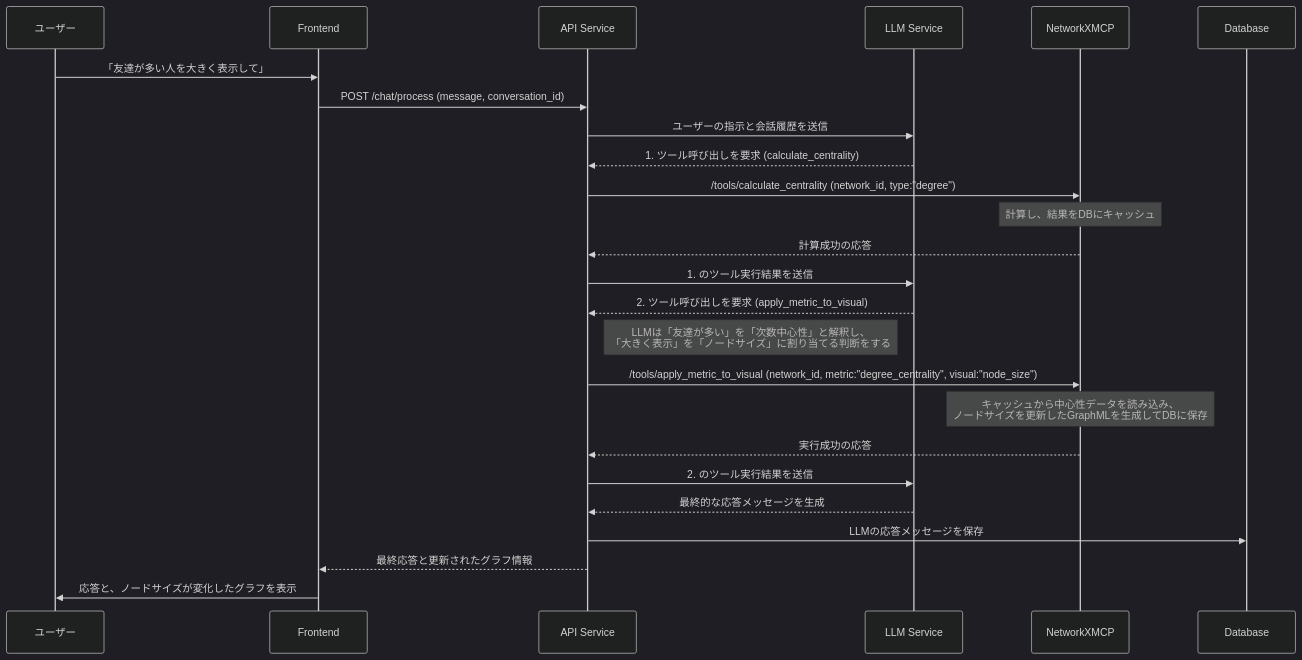
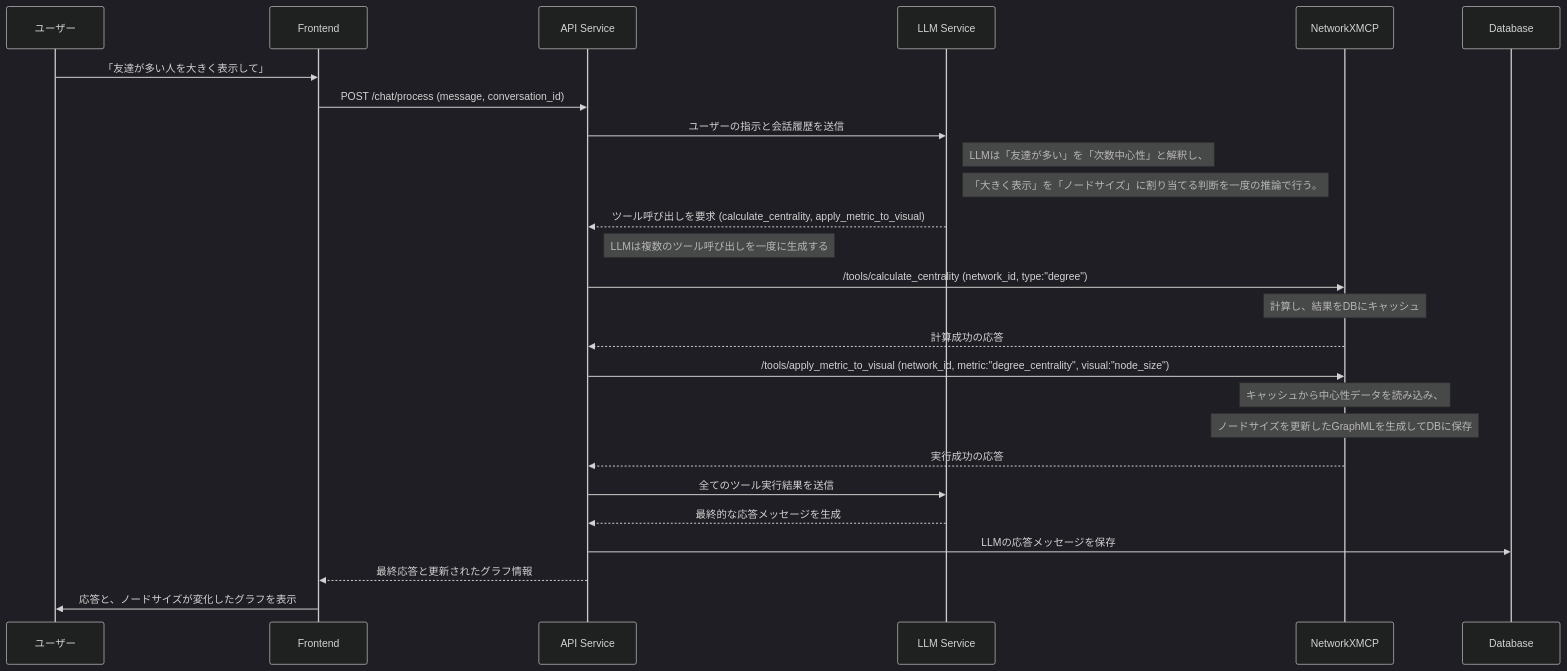
The fourth of 4 diagrams in specification/3_Interactions.md (vdslab/LLMGraphvis), drawn with Mermaid (dark theme) before and after one commit. The commit also changed other lines of this file, not shown here.

Commit message:
feat: Refine LLM multiple tool invocation flow description for clarity and detail

````diff
--- a/specification/3_Interactions.md
+++ b/specification/3_Interactions.md
@@ -119,34 +119,34 @@
 ```mermaid
 sequenceDiagram
     participant U as ユーザー
     participant F as Frontend
     participant B as API Service
     participant LLM as LLM Service
     participant N as NetworkXMCP
     participant DB as Database
 
     U->>F: 「友達が多い人を大きく表示して」
     F->>B: POST /chat/process (message, conversation_id)
 
     B->>LLM: ユーザーの指示と会話履歴を送信
-    LLM-->>B: 1. ツール呼び出しを要求 (calculate_centrality)
+    note right of LLM: LLMは「友達が多い」を「次数中心性」と解釈し、
+    note right of LLM: 「大きく表示」を「ノードサイズ」に割り当てる判断を一度の推論で行う。
+    LLM-->>B: ツール呼び出しを要求 (calculate_centrality, apply_metric_to_visual)
+    note right of B: LLMは複数のツール呼び出しを一度に生成する
 
     B->>N: /tools/calculate_centrality (network_id, type:"degree")
     note over N: 計算し、結果をDBにキャッシュ
     N-->>B: 計算成功の応答
 
-    B->>LLM: 1. のツール実行結果を送信
-    LLM-->>B: 2. ツール呼び出しを要求 (apply_metric_to_visual)
-    note right of B: LLMは「友達が多い」を「次数中心性」と解釈し、<br>「大きく表示」を「ノードサイズ」に割り当てる判断をする
-
     B->>N: /tools/apply_metric_to_visual (network_id, metric:"degree_centrality", visual:"node_size")
-    note over N: キャッシュから中心性データを読み込み、<br>ノードサイズを更新したGraphMLを生成してDBに保存
+    note over N: キャッシュから中心性データを読み込み、
+    note over N: ノードサイズを更新したGraphMLを生成してDBに保存
     N-->>B: 実行成功の応答
 
-    B->>LLM: 2. のツール実行結果を送信
+    B->>LLM: 全てのツール実行結果を送信
     LLM-->>B: 最終的な応答メッセージを生成
 
     B->>DB: LLMの応答メッセージを保存
     B-->>F: 最終応答と更新されたグラフ情報
     F->>U: 応答と、ノードサイズが変化したグラフを表示
 ```
````
